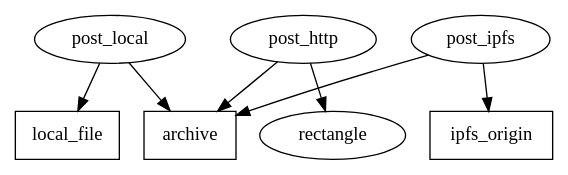
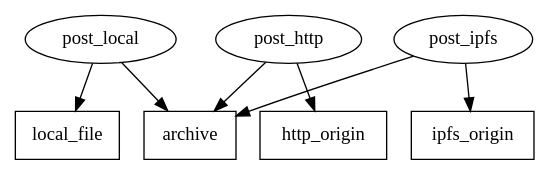
Before and after one commit to hipfish/api-docs: the diagram in archive.rst, drawn with Graphviz. The commit also changed other lines of this file, not shown here.

```diff
--- a/archive.rst
+++ b/archive.rst
@@ -6,17 +8,17 @@
 .. graphviz::
 
    digraph d {
       archive [shape=rectangle];
       local_file [shape=rectangle];
       post_local;
       post_local -> local_file;
       post_local -> archive;
-      http_origin [label=rectangle];
+      http_origin [shape=rectangle];
       post_http;
       post_http -> http_origin;
       post_http -> archive;
       ipfs_origin [shape=rectangle];
       post_ipfs;
       post_ipfs -> ipfs_origin;
       post_ipfs -> archive;
    }
```
